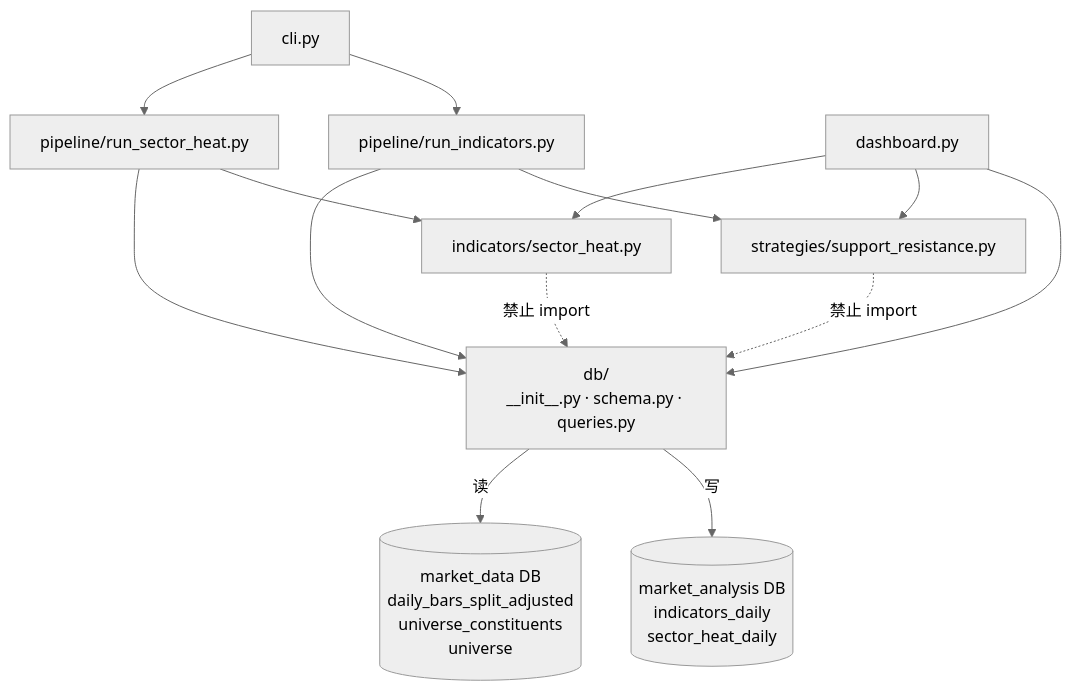
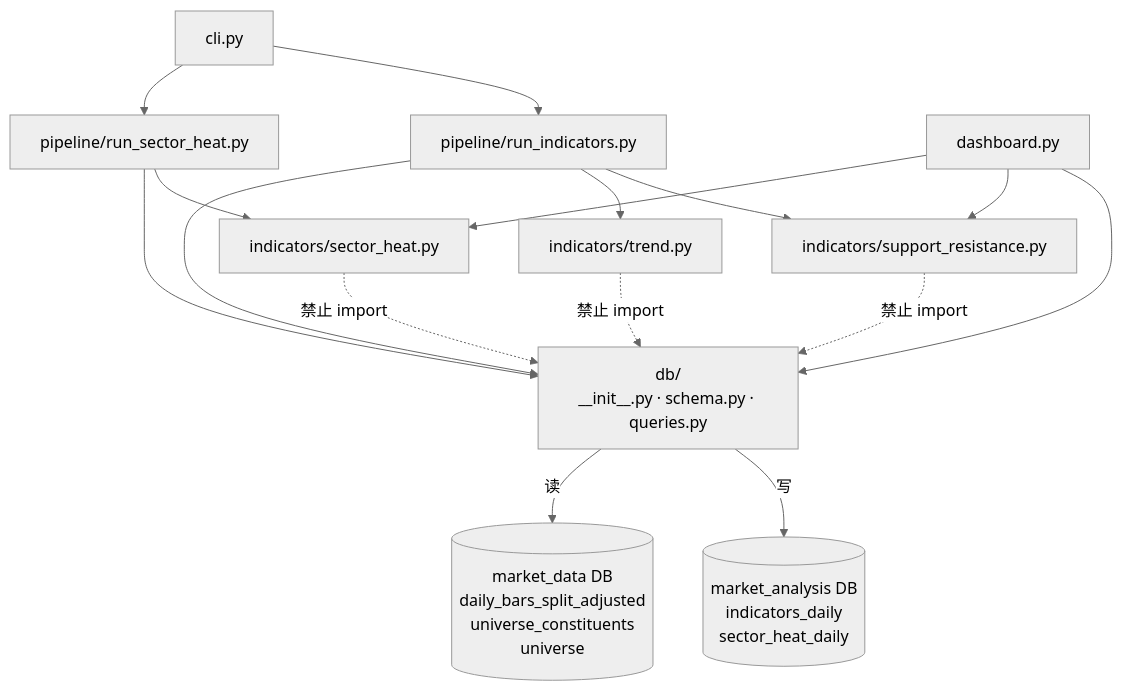
One commit to mason334/market_analysis changed the second of 2 diagrams in README.md. Above: the diagram before and after it, drawn with Mermaid (neutral theme). The commit also changed other lines of this file and 9 other files, not shown here.

````diff
--- a/README.md
+++ b/README.md
@@ -464,26 +457,29 @@
 ```mermaid
 flowchart TD
     CLI["cli.py"]
     PIPE_SR["pipeline/run_indicators.py"]
     PIPE_SH["pipeline/run_sector_heat.py"]
-    STRAT["strategies/support_resistance.py"]
-    ANALYTICS["indicators/sector_heat.py"]
+    SR["indicators/support_resistance.py"]
+    TR["indicators/trend.py"]
+    HEAT["indicators/sector_heat.py"]
     DB["db/\n__init__.py · schema.py · queries.py"]
     DASH["dashboard.py"]
     PG_MA[("market_analysis DB\nindicators_daily\nsector_heat_daily")]
     PG_MD[("market_data DB\ndaily_bars_split_adjusted\nuniverse_constituents\nuniverse")]
 
     CLI --> PIPE_SR
     CLI --> PIPE_SH
-    PIPE_SR --> STRAT
+    PIPE_SR --> SR
+    PIPE_SR --> TR
     PIPE_SR --> DB
-    PIPE_SH --> ANALYTICS
+    PIPE_SH --> HEAT
     PIPE_SH --> DB
     DASH --> DB
-    DASH --> STRAT
-    DASH --> ANALYTICS
+    DASH --> SR
+    DASH --> HEAT
     DB -->|"写"| PG_MA
     DB -->|"读"| PG_MD
-    STRAT -.->|"禁止 import"| DB
-    ANALYTICS -.->|"禁止 import"| DB
+    SR -.->|"禁止 import"| DB
+    TR -.->|"禁止 import"| DB
+    HEAT -.->|"禁止 import"| DB
 ```
````
